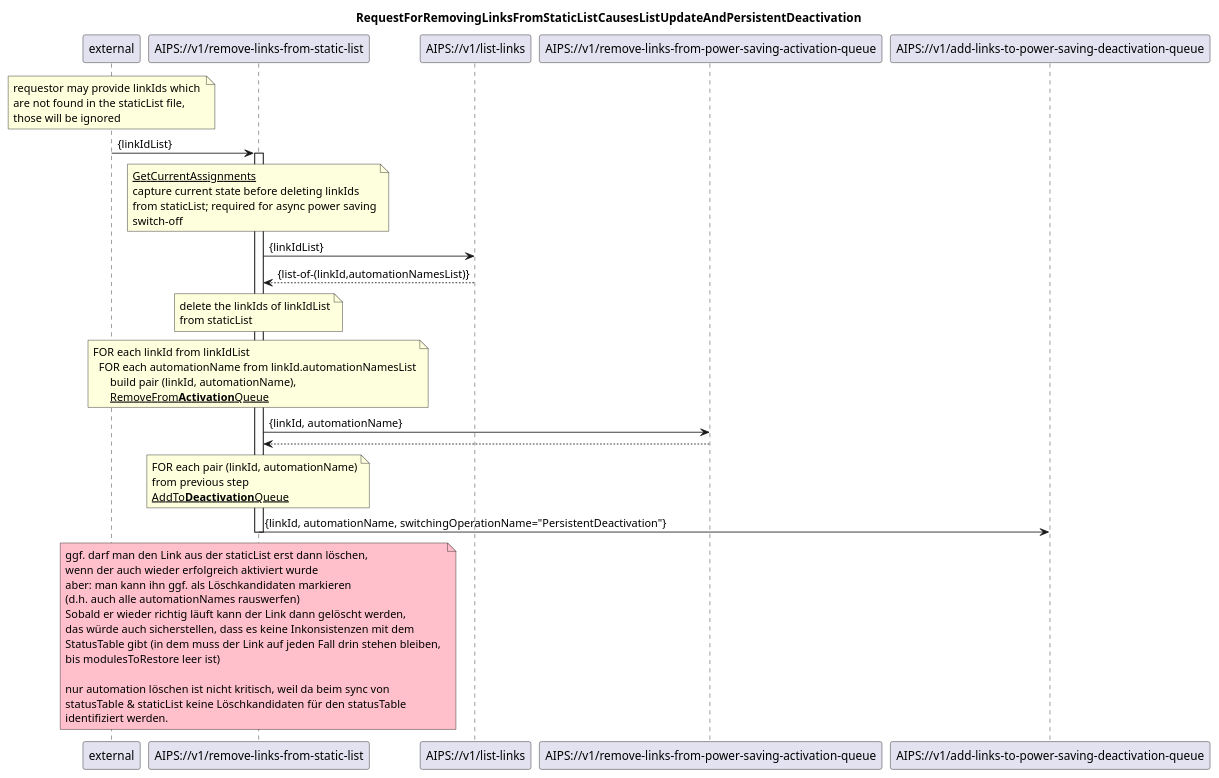
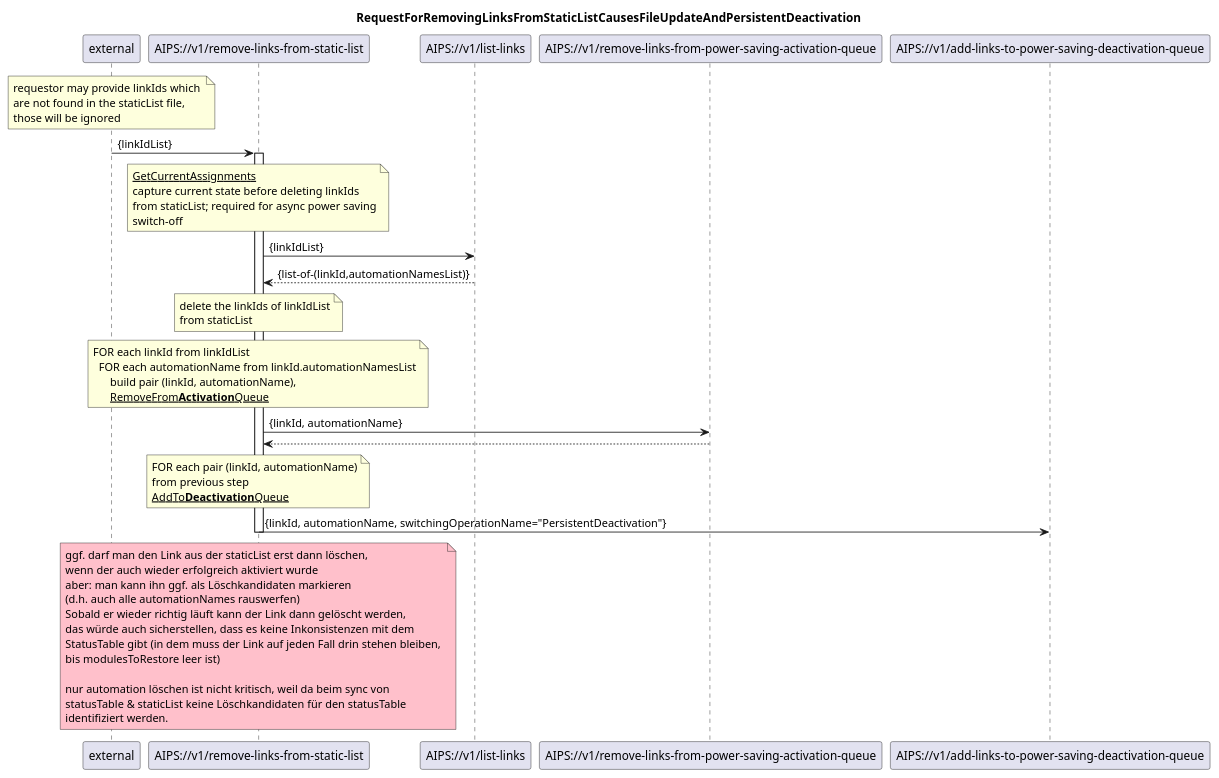
One commit to kmohr-soprasteria/AIPS_wip changed the diagram in diagrams/01 Automation management/102_removeLinksFromStaticList.plantuml. Above: the diagram before and after it, drawn with PlantUML. The commit also changed 15 other files, not shown here.

Commit message:
diagramme-v005 added

```diff
--- a/diagrams/01 Automation management/102_removeLinksFromStaticList.plantuml
+++ b/diagrams/01 Automation management/102_removeLinksFromStaticList.plantuml
@@ -1,75 +1,75 @@
 @startuml 102_removeLinksFromStaticList
 skinparam responseMessageBelowArrow true
 
 title
-RequestForRemovingLinksFromStaticListCausesListUpdateAndPersistentDeactivation
+RequestForRemovingLinksFromStaticListCausesFileUpdateAndPersistentDeactivation
 end title
 
 participant "external" as requestor
 participant "AIPS://v1/remove-links-from-static-list" as removeLinks
 participant "AIPS://v1/list-links" as listLinks
 participant "AIPS://v1/remove-links-from-power-saving-activation-queue" as stopSimpleActivation
 participant "AIPS://v1/add-links-to-power-saving-deactivation-queue" as startPersistentDeactivation
 
 note over requestor
   requestor may provide linkIds which 
   are not found in the staticList file,
   those will be ignored
 end note
 
 requestor -> removeLinks: {linkIdList}
 activate removeLinks
 
 'get current assignments from staticList
 note over removeLinks
   <u>GetCurrentAssignments</u>
   capture current state before deleting linkIds
   from staticList; required for async power saving
   switch-off
 end note
 removeLinks -> listLinks: {linkIdList}
 listLinks --> removeLinks: {list-of-(linkId,automationNamesList)}
 
 'update staticList by deleting the linkIdList links
 note over removeLinks
   delete the linkIds of linkIdList
   from staticList
 end note
 
 'stop ongoing/planned power saving
 note over removeLinks
   FOR each linkId from linkIdList
     FOR each automationName from linkId.automationNamesList
         build pair (linkId, automationName),
         <u>RemoveFrom<b>Activation</b>Queue</u>
 end note
 removeLinks -> stopSimpleActivation: {linkId, automationName}
 stopSimpleActivation --> removeLinks
 
 'initiate persistentDeactivation to turn power saving off
 note over removeLinks
   FOR each pair (linkId, automationName)
   from previous step
   <u>AddTo<b>Deactivation</b>Queue</u>
 end note
 removeLinks -> startPersistentDeactivation: {linkId, automationName, switchingOperationName="PersistentDeactivation"}
 
 
 note over removeLinks #pink
   ggf. darf man den Link aus der staticList erst dann löschen,
   wenn der auch wieder erfolgreich aktiviert wurde
   aber: man kann ihn ggf. als Löschkandidaten markieren
   (d.h. auch alle automationNames rauswerfen)
   Sobald er wieder richtig läuft kann der Link dann gelöscht werden, 
   das würde auch sicherstellen, dass es keine Inkonsistenzen mit dem 
   StatusTable gibt (in dem muss der Link auf jeden Fall drin stehen bleiben, 
   bis modulesToRestore leer ist)
 
   nur automation löschen ist nicht kritisch, weil da beim sync von
   statusTable & staticList keine Löschkandidaten für den statusTable
   identifiziert werden.
 end note
 
 deactivate removeLinks
 
 @enduml
```
